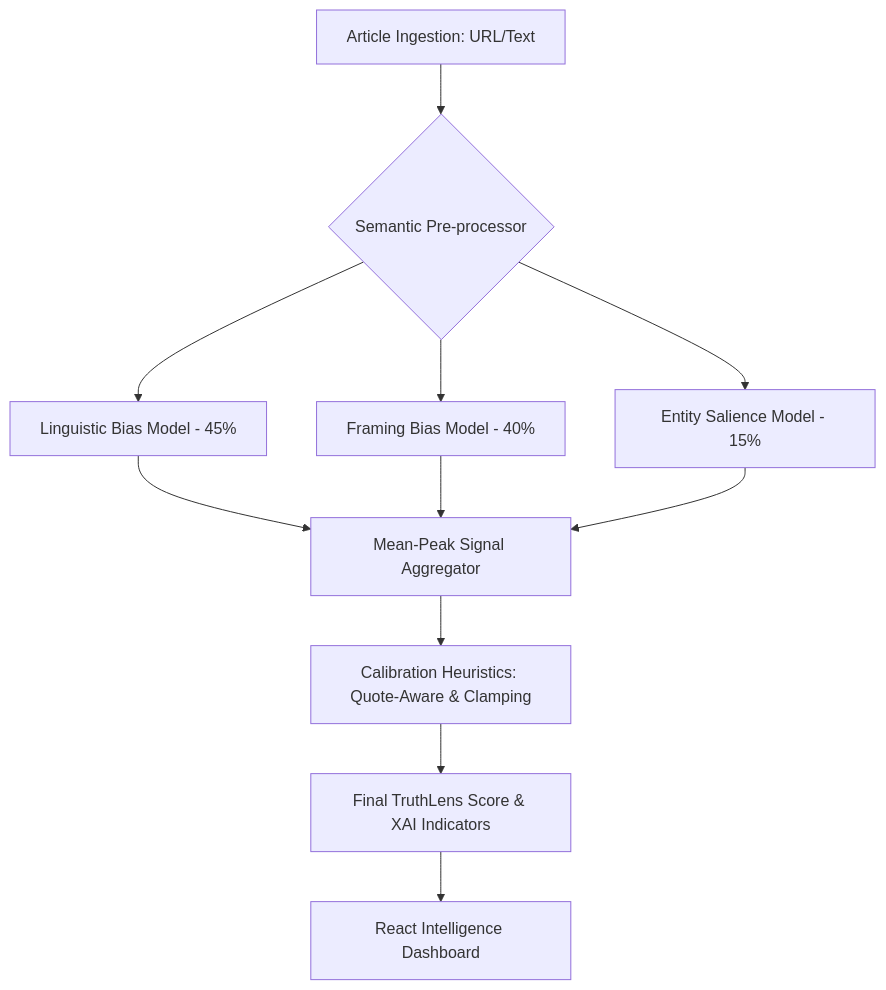
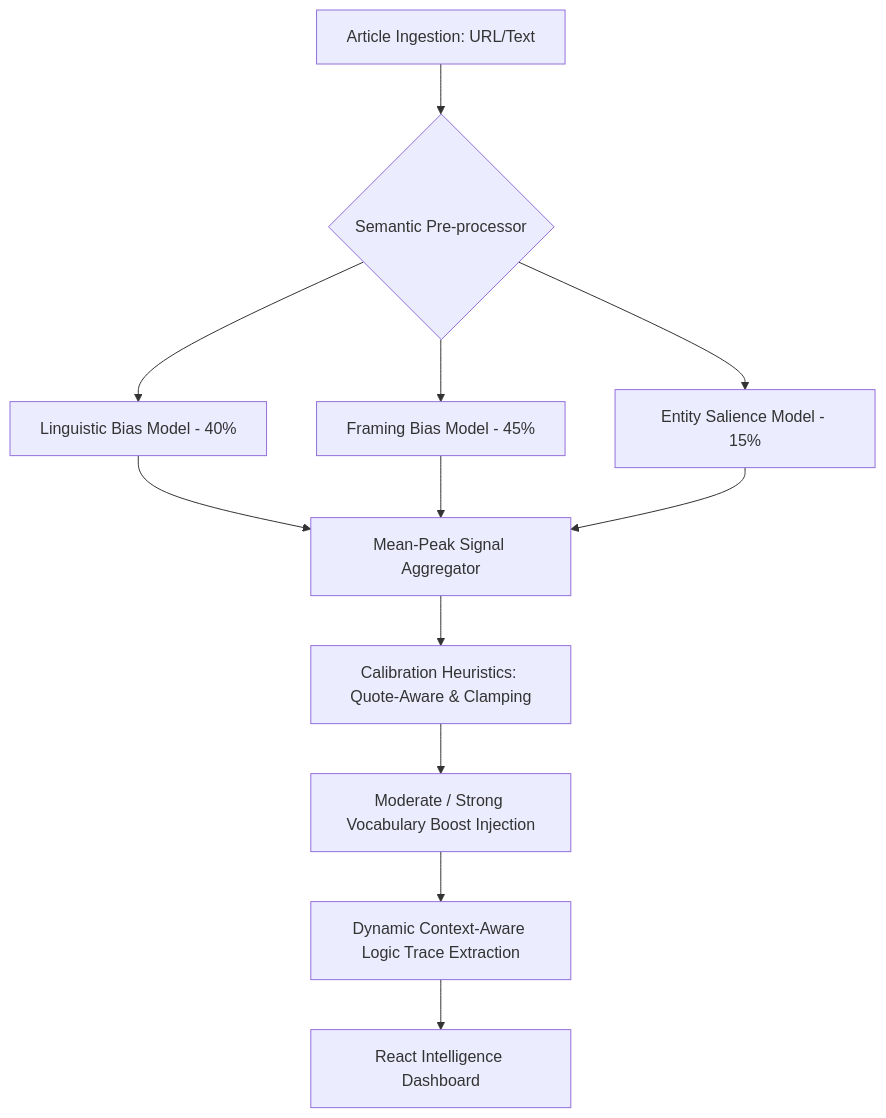
The diagram in README.md (RajDalvi08/Truthlens), drawn with Mermaid before and after one commit. The commit also changed other lines of this file and 1 other file, not shown here.

Commit message:
system calibration and finishing

````diff
--- a/README.md
+++ b/README.md
@@ -25,11 +26,12 @@
 ```mermaid
 graph TD
-    A[Article Ingestion: URL/Text] --> B{Semantic Pre-processor};
-    B --> C[Linguistic Bias Model - 45%];
-    B --> D[Framing Bias Model - 40%];
-    B --> E[Entity Salience Model - 15%];
-    C & D & E --> F[Mean-Peak Signal Aggregator];
-    F --> G[Calibration Heuristics: Quote-Aware & Clamping];
-    G --> H[Final TruthLens Score & XAI Indicators];
-    H --> I[React Intelligence Dashboard];
+    A[Article Ingestion: URL/Text] --> B{Semantic Pre-processor}
+    B --> C[Linguistic Bias Model - 40%]
+    B --> D[Framing Bias Model - 45%]
+    B --> E[Entity Salience Model - 15%]
+    C & D & E --> F[Mean-Peak Signal Aggregator]
+    F --> G[Calibration Heuristics: Quote-Aware & Clamping]
+    G --> H[Moderate / Strong Vocabulary Boost Injection]
+    H --> I[Dynamic Context-Aware Logic Trace Extraction]
+    I --> J[React Intelligence Dashboard]
 ```
````
